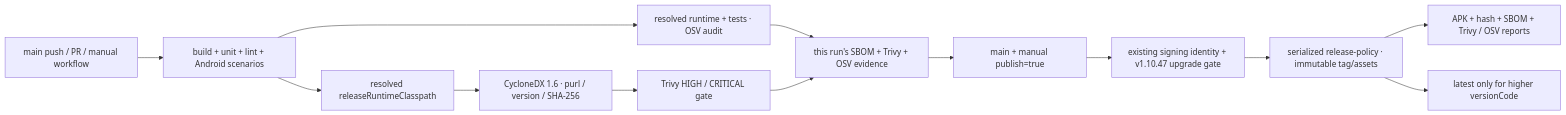
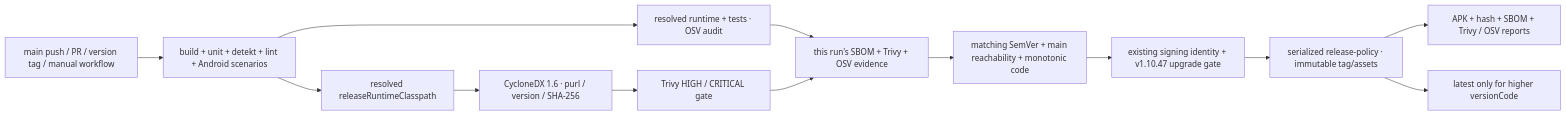
Before and after one commit to qlolp/TgWatch: the second of 2 diagrams in docs/superpowers/architecture.md, drawn with Mermaid. The commit also changed other lines of this file and 65 other files, not shown here.

````diff
--- a/docs/superpowers/architecture.md
+++ b/docs/superpowers/architecture.md
@@ -79,15 +92,15 @@
 ```mermaid
 flowchart LR
-    INPUT["main push / PR / manual workflow"] --> CHECKS["build + unit + lint + Android scenarios"]
+    INPUT["main push / PR / version tag / manual workflow"] --> CHECKS["build + unit + detekt + lint + Android scenarios"]
     CHECKS --> INVENTORY["resolved releaseRuntimeClasspath"]
     INVENTORY --> BOM["CycloneDX 1.6 · purl / version / SHA-256"]
     BOM --> SCAN["Trivy HIGH / CRITICAL gate"]
     CHECKS --> OSV["resolved runtime + tests · OSV audit"]
     OSV --> ARTIFACT
     SCAN --> ARTIFACT["this run's SBOM + Trivy + OSV evidence"]
-    ARTIFACT --> MANUAL["main + manual publish=true"]
-    MANUAL --> SIGN["existing signing identity + v1.10.47 upgrade gate"]
+    ARTIFACT --> POLICY_INPUT["matching SemVer + main reachability + monotonic code"]
+    POLICY_INPUT --> SIGN["existing signing identity + v1.10.47 upgrade gate"]
     SIGN --> POLICY["serialized release-policy · immutable tag/assets"]
     POLICY --> RELEASE["APK + hash + SBOM + Trivy / OSV reports"]
     POLICY --> LATEST["latest only for higher versionCode"]
 ```
````
